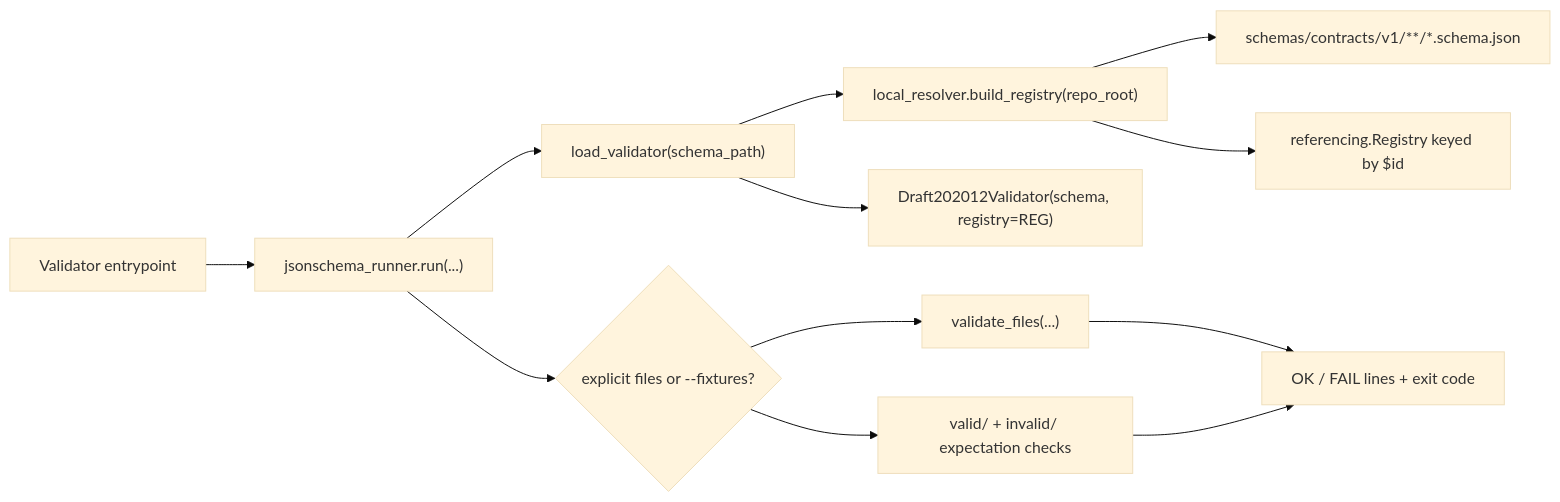
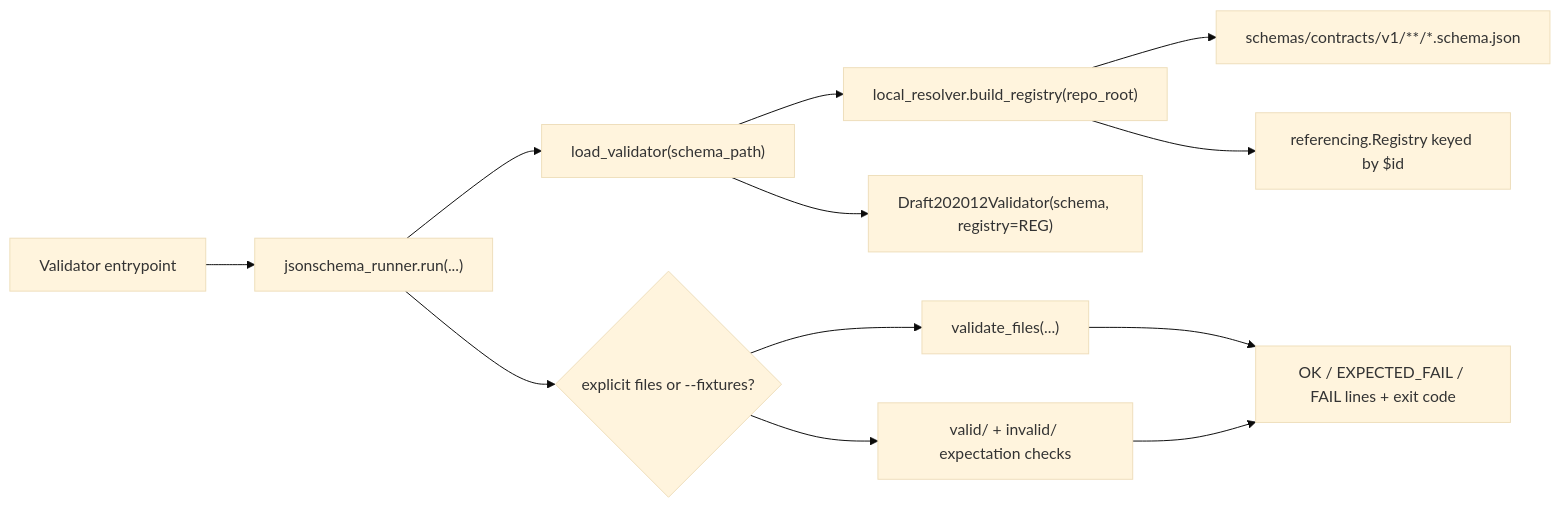
One commit to bartytime4life/Kansas-Frontier-Matrix changed the diagram in tools/validators/_common/README.md. Above: the diagram before and after it, drawn with Mermaid (base theme). The commit also changed other lines of this file and 10 other files, not shown here.

Commit message:
fix(validation): harden schema fixture runner

````diff
--- a/tools/validators/_common/README.md
+++ b/tools/validators/_common/README.md
@@ -195,14 +206,14 @@
 ```mermaid
 flowchart LR
   ENTRY["Validator entrypoint"] --> RUN["jsonschema_runner.run(...)"]
   RUN --> LOAD["load_validator(schema_path)"]
   LOAD --> RES["local_resolver.build_registry(repo_root)"]
   RES --> ROOT["schemas/contracts/v1/**/*.schema.json"]
   RES --> REG["referencing.Registry keyed by $id"]
   LOAD --> VAL["Draft202012Validator(schema, registry=REG)"]
   RUN --> MODE{"explicit files or --fixtures?"}
   MODE --> FILES["validate_files(...)"]
   MODE --> FIX["valid/ + invalid/ expectation checks"]
-  FILES --> TEXT["OK / FAIL lines + exit code"]
+  FILES --> TEXT["OK / EXPECTED_FAIL / FAIL lines + exit code"]
   FIX --> TEXT
 ```
````
